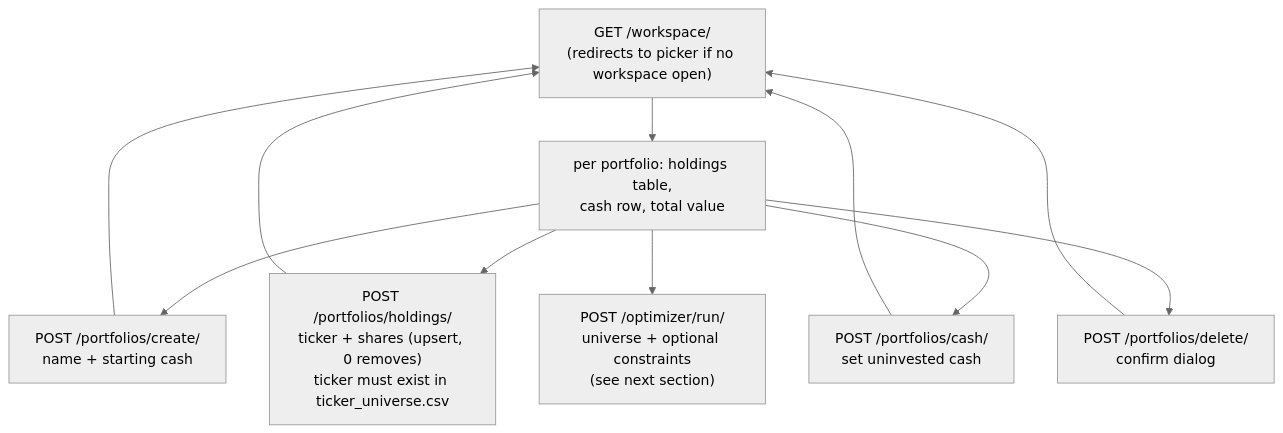
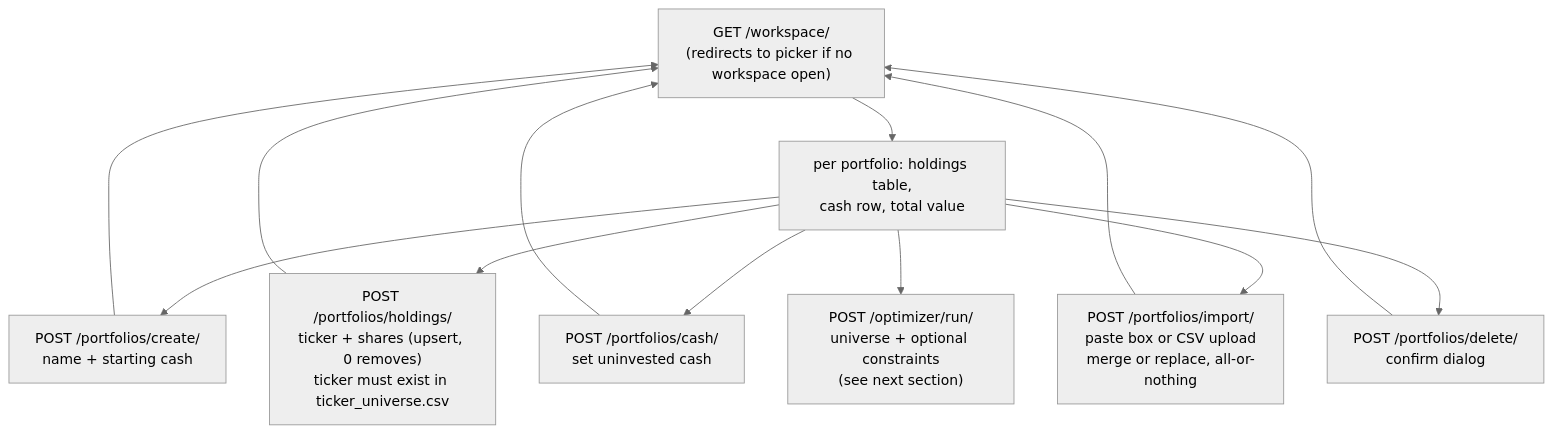
Before and after one commit to rramboer/WolvWealth: the fourth of 10 diagrams in ARCHITECTURE.md, drawn with Mermaid (neutral theme). The commit also changed other lines of this file and 12 other files, not shown here.

First line of the commit message:
Add bulk holdings import (paste box, CSV upload, JSON endpoint)

````diff
--- a/ARCHITECTURE.md
+++ b/ARCHITECTURE.md
@@ -174,13 +176,15 @@
 ```mermaid
 flowchart TD
     WS["GET /workspace/<br/>(redirects to picker if no workspace open)"] --> CARD["per portfolio: holdings table,<br/>cash row, total value"]
     CARD --> F1["POST /portfolios/create/<br/>name + starting cash"]
     CARD --> F2["POST /portfolios/holdings/<br/>ticker + shares (upsert, 0 removes)<br/>ticker must exist in ticker_universe.csv"]
     CARD --> F3["POST /portfolios/cash/<br/>set uninvested cash"]
+    CARD --> F6["POST /portfolios/import/<br/>paste box or CSV upload<br/>merge or replace, all-or-nothing"]
     CARD --> F4["POST /portfolios/delete/<br/>confirm dialog"]
     CARD --> F5["POST /optimizer/run/<br/>universe + optional constraints<br/>(see next section)"]
     F1 --> WS
     F2 --> WS
     F3 --> WS
     F4 --> WS
+    F6 --> WS
 ```
````
